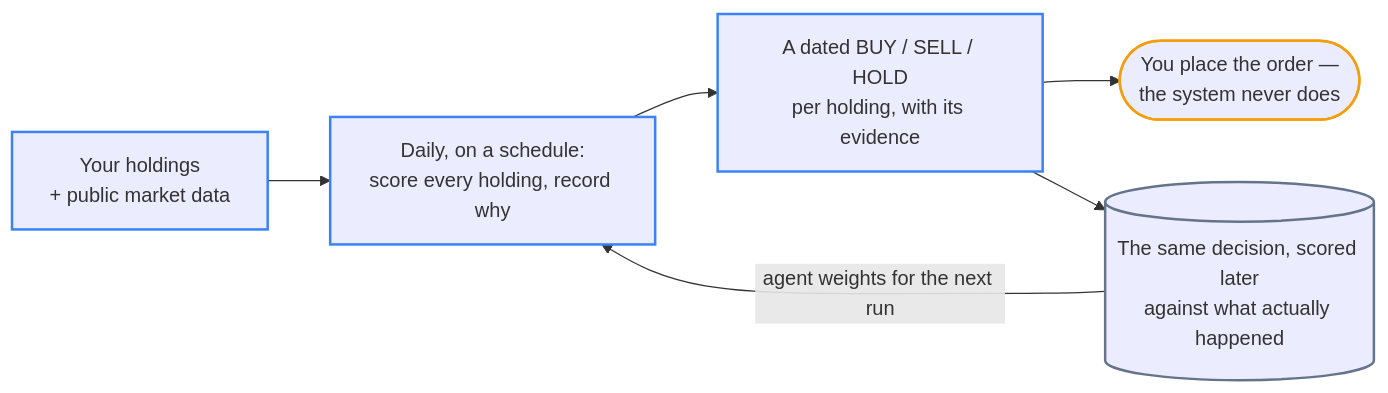
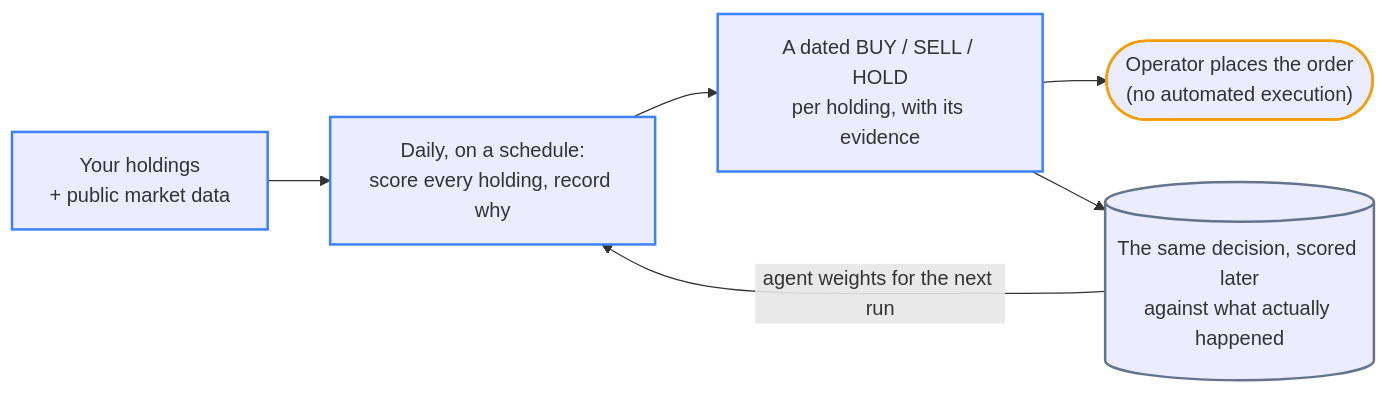
Before and after one commit to researcherhojin/nuri-quant: the diagram in README.md, drawn with Mermaid. The commit also changed other lines of this file, not shown here.

````diff
--- a/README.md
+++ b/README.md
@@ -41,19 +41,19 @@
 ```mermaid
 flowchart LR
     IN["Your holdings<br/>+ public market data"]
     RUN["Daily, on a schedule:<br/>score every holding, record why"]
     DEC["A dated BUY / SELL / HOLD<br/>per holding, with its evidence"]
-    YOU(["You place the order —<br/>the system never does"])
+    YOU(["Operator places the order<br/>(no automated execution)"])
     LED[("The same decision, scored later<br/>against what actually happened")]
 
     IN --> RUN --> DEC --> YOU
     DEC --> LED
     LED -- "agent weights for the next run" --> RUN
 
     classDef step  stroke:#3b82f6,stroke-width:2px
     classDef store stroke:#64748b,stroke-width:2px
     classDef human stroke:#f59e0b,stroke-width:2px
     class IN,RUN,DEC step
     class LED store
     class YOU human
 ```
````
